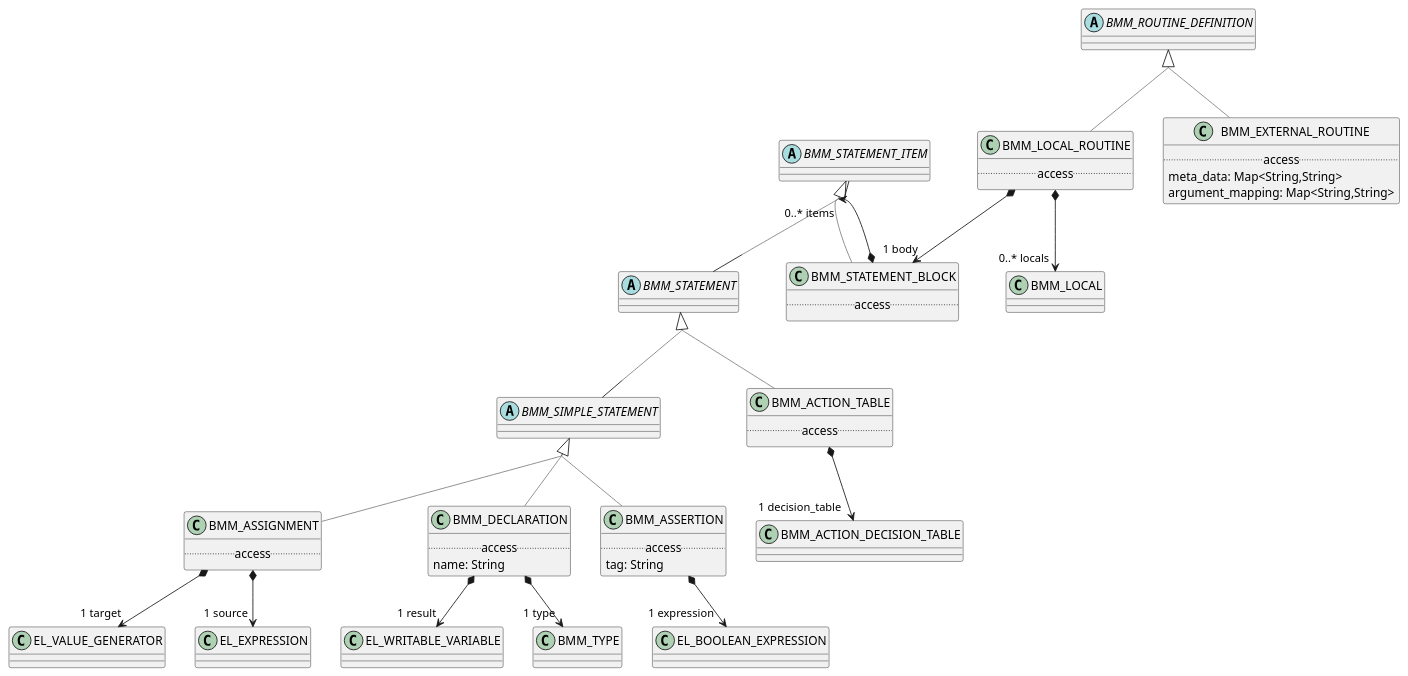
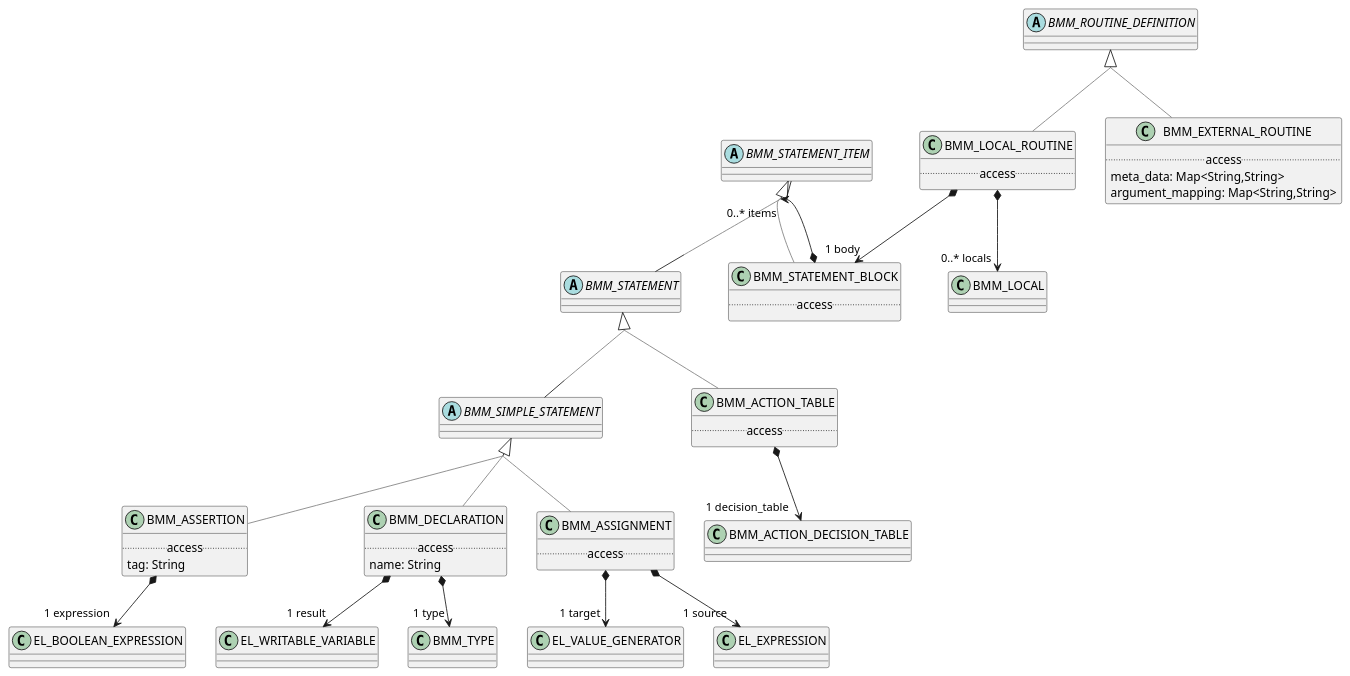
The diagram in modules/ROOT/examples/bmm/languages/bmm/bmm_model/statement/statement-package-uml.adoc (wolandscat/openehr-doc), drawn with PlantUML before and after one commit. The commit also changed other lines of this file and 293 other files, not shown here.

Commit message:
Regen with tweaks to UML output and correct metatypes for nested generics.

```diff
--- a/modules/ROOT/examples/bmm/languages/bmm/bmm_model/statement/statement-package-uml.adoc
+++ b/modules/ROOT/examples/bmm/languages/bmm/bmm_model/statement/statement-package-uml.adoc
@@ -4,27 +4,6 @@
 ....
 skinparam groupInheritance 2
 skinparam citedClassColor #FDFDFD
-
-
-class BMM_ASSIGNMENT [[/openehr-doc/latest/languages/bmm-gen.html#_class_bmm_assignment]] {
-        .. access ..
-}
-
-BMM_ASSIGNMENT -[#gray]up-|> BMM_SIMPLE_STATEMENT  
-
-
-BMM_ASSIGNMENT *--> "1 target" EL_VALUE_GENERATOR
-
-BMM_ASSIGNMENT *--> "1 source" EL_EXPRESSION
-
-abstract class BMM_SIMPLE_STATEMENT [[/openehr-doc/latest/languages/bmm-gen.html#_class_bmm_simple_statement]] {
-}
-
-BMM_SIMPLE_STATEMENT -[#gray]up-|> BMM_STATEMENT  
-
-
-abstract class BMM_ROUTINE_DEFINITION [[/openehr-doc/latest/languages/bmm-gen.html#_class_bmm_routine_definition]] {
-}
 
 
 class BMM_LOCAL_ROUTINE [[/openehr-doc/latest/languages/bmm-gen.html#_class_bmm_local_routine]] {
@@ -38,8 +17,61 @@
 
 BMM_LOCAL_ROUTINE *--> "1 body" BMM_STATEMENT_BLOCK
 
+abstract class BMM_SIMPLE_STATEMENT [[/openehr-doc/latest/languages/bmm-gen.html#_class_bmm_simple_statement]] {
+}
+
+BMM_SIMPLE_STATEMENT -[#gray]up-|> BMM_STATEMENT  
+
+
+class BMM_ASSERTION [[/openehr-doc/latest/languages/bmm-gen.html#_class_bmm_assertion]] {
+        .. access ..
+        tag: String
+}
+
+BMM_ASSERTION -[#gray]up-|> BMM_SIMPLE_STATEMENT  
+
+
+BMM_ASSERTION *--> "1 expression" EL_BOOLEAN_EXPRESSION
+
 abstract class BMM_STATEMENT_ITEM [[/openehr-doc/latest/languages/bmm-gen.html#_class_bmm_statement_item]] {
 }
+
+
+class BMM_EXTERNAL_ROUTINE [[/openehr-doc/latest/languages/bmm-gen.html#_class_bmm_external_routine]] {
+        .. access ..
+        meta_data: Map<String,String>
+        argument_mapping: Map<String,String>
+}
+
+BMM_EXTERNAL_ROUTINE -[#gray]up-|> BMM_ROUTINE_DEFINITION  
+
+
+class BMM_ACTION_TABLE [[/openehr-doc/latest/languages/bmm-gen.html#_class_bmm_action_table]] {
+        .. access ..
+}
+
+BMM_ACTION_TABLE -[#gray]up-|> BMM_STATEMENT  
+
+
+BMM_ACTION_TABLE *--> "1 decision_table" BMM_ACTION_DECISION_TABLE
+
+abstract class BMM_ROUTINE_DEFINITION [[/openehr-doc/latest/languages/bmm-gen.html#_class_bmm_routine_definition]] {
+}
+
+
+class BMM_STATEMENT_BLOCK [[/openehr-doc/latest/languages/bmm-gen.html#_class_bmm_statement_block]] {
+        .. access ..
+}
+
+BMM_STATEMENT_BLOCK -[#gray]up-|> BMM_STATEMENT_ITEM  
+
+
+BMM_STATEMENT_BLOCK *--> "0..* items" BMM_STATEMENT_ITEM
+
+abstract class BMM_STATEMENT [[/openehr-doc/latest/languages/bmm-gen.html#_class_bmm_statement]] {
+}
+
+BMM_STATEMENT -[#gray]up-|> BMM_STATEMENT_ITEM  
 
 
 class BMM_DECLARATION [[/openehr-doc/latest/languages/bmm-gen.html#_class_bmm_declaration]] {
@@ -54,48 +86,16 @@
 
 BMM_DECLARATION *--> "1 type" BMM_TYPE
 
-class BMM_ACTION_TABLE [[/openehr-doc/latest/languages/bmm-gen.html#_class_bmm_action_table]] {
+class BMM_ASSIGNMENT [[/openehr-doc/latest/languages/bmm-gen.html#_class_bmm_assignment]] {
         .. access ..
 }
 
-BMM_ACTION_TABLE -[#gray]up-|> BMM_STATEMENT  
+BMM_ASSIGNMENT -[#gray]up-|> BMM_SIMPLE_STATEMENT  
 
 
-BMM_ACTION_TABLE *--> "1 decision_table" BMM_ACTION_DECISION_TABLE
+BMM_ASSIGNMENT *--> "1 target" EL_VALUE_GENERATOR
 
-class BMM_ASSERTION [[/openehr-doc/latest/languages/bmm-gen.html#_class_bmm_assertion]] {
-        .. access ..
-        tag: String
-}
-
-BMM_ASSERTION -[#gray]up-|> BMM_SIMPLE_STATEMENT  
-
-
-BMM_ASSERTION *--> "1 expression" EL_BOOLEAN_EXPRESSION
-
-abstract class BMM_STATEMENT [[/openehr-doc/latest/languages/bmm-gen.html#_class_bmm_statement]] {
-}
-
-BMM_STATEMENT -[#gray]up-|> BMM_STATEMENT_ITEM  
-
-
-class BMM_EXTERNAL_ROUTINE [[/openehr-doc/latest/languages/bmm-gen.html#_class_bmm_external_routine]] {
-        .. access ..
-        meta_data: Map<String,String>
-        argument_mapping: Map<String,String>
-}
-
-BMM_EXTERNAL_ROUTINE -[#gray]up-|> BMM_ROUTINE_DEFINITION  
-
-
-class BMM_STATEMENT_BLOCK [[/openehr-doc/latest/languages/bmm-gen.html#_class_bmm_statement_block]] {
-        .. access ..
-}
-
-BMM_STATEMENT_BLOCK -[#gray]up-|> BMM_STATEMENT_ITEM  
-
-
-BMM_STATEMENT_BLOCK *--> "0..* items" BMM_STATEMENT_ITEM
+BMM_ASSIGNMENT *--> "1 source" EL_EXPRESSION
 
 class BMM_ACTION_DECISION_TABLE [[/openehr-doc/latest/languages/bmm-gen.html#_class_bmm_action_decision_table]] {
 }
```
